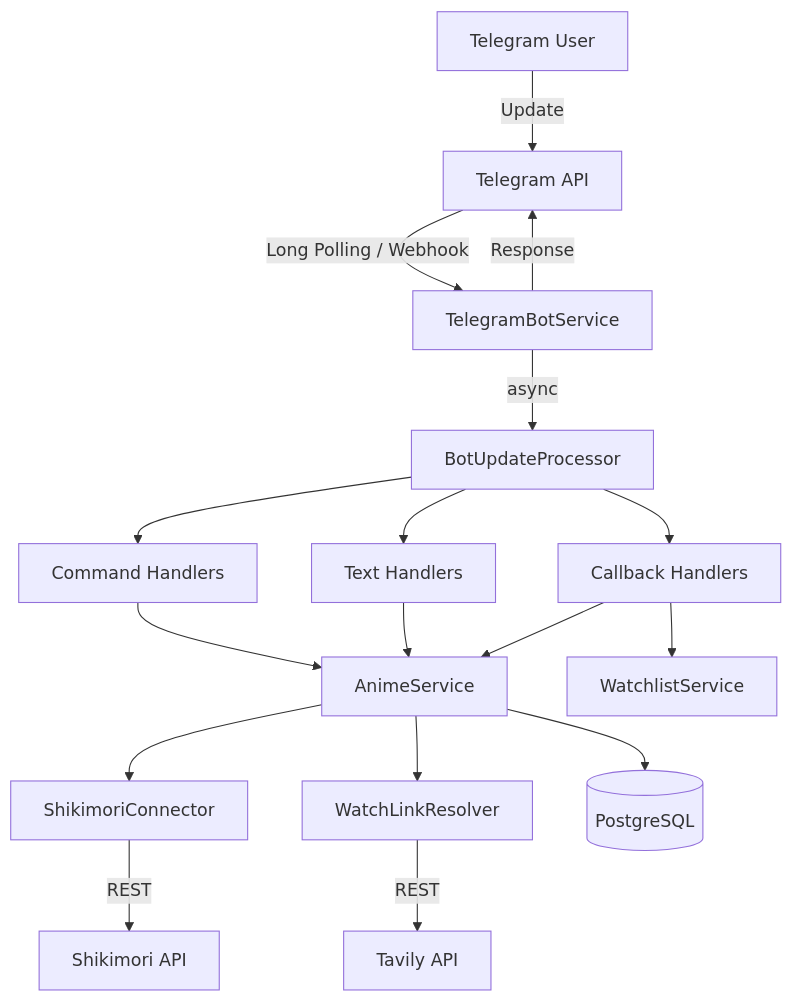
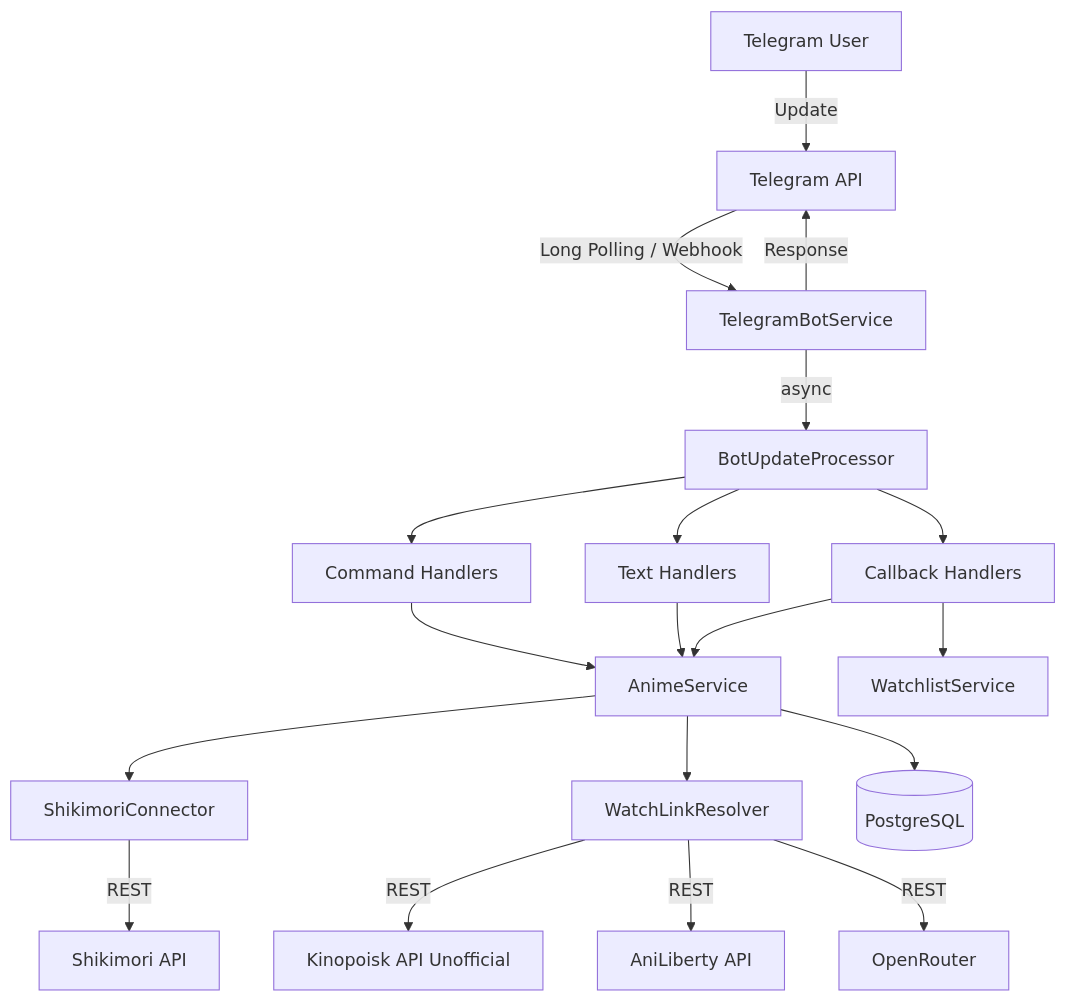
The first of 3 diagrams in README.md (ProZeroByte/animemizer-bot), drawn with Mermaid before and after one commit. The commit also changed other lines of this file and 43 other files, not shown here.

First line of the commit message:
Replace Tavily watch-link resolution with Kinopoisk and AniLiberty

````diff
--- a/README.md
+++ b/README.md
@@ -138,19 +139,21 @@
 ```mermaid
 graph TB
     User[Telegram User] -->|Update| TG[Telegram API]
     TG -->|Long Polling / Webhook| Bot[TelegramBotService]
     Bot -->|async| Processor[BotUpdateProcessor]
     Processor --> CmdH[Command Handlers]
     Processor --> TxtH[Text Handlers]
     Processor --> CbH[Callback Handlers]
     CmdH --> AS[AnimeService]
     TxtH --> AS
     CbH --> AS
     CbH --> WS[WatchlistService]
     AS --> SC[ShikimoriConnector]
     AS --> WR[WatchLinkResolver]
     AS --> DB[(PostgreSQL)]
     SC -->|REST| Shiki[Shikimori API]
-    WR -->|REST| Tav[Tavily API]
+    WR -->|REST| KP[Kinopoisk API Unofficial]
+    WR -->|REST| AL[AniLiberty API]
+    WR -->|REST| OR[OpenRouter]
     Bot -->|Response| TG
 ```
````
